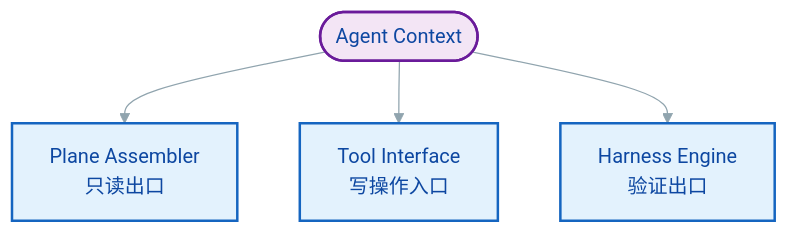
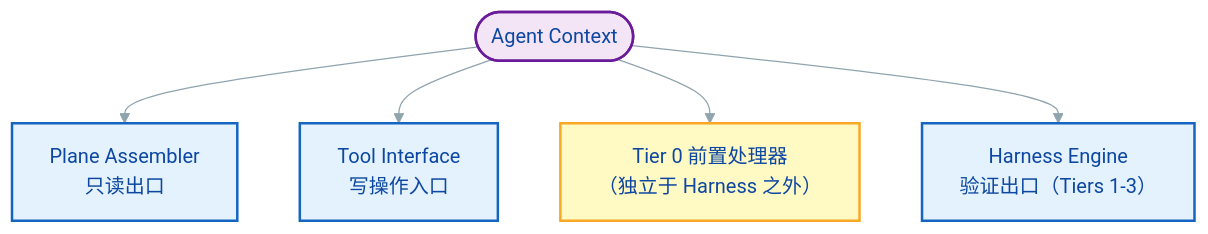
Diagram 12 of 13 in docs/spec.md (Lazyn0tBug/mem0ress), drawn with Mermaid before and after one commit. The commit also changed other lines of this file, not shown here.

First line of the commit message:
fix: separate Tier 0 from Harness Engine in Ch8 module boundary and sequence diagrams

````diff
--- a/docs/spec.md
+++ b/docs/spec.md
@@ -778,19 +778,23 @@
 ```mermaid
 %% label：三模块边界
 %%{ init: { 'theme': 'base', 'themeVariables': { 'primaryColor': '#e3f2fd', 'primaryTextColor': '#0d47a1', 'primaryBorderColor': '#1565c0', 'lineColor': '#90a4ae', 'fontFamily': 'arial' } } }%%
 graph TB
     Agent(["Agent Context"])
 
     PA["Plane Assembler<br>只读出口"]
     TI["Tool Interface<br>写操作入口"]
-    HE["Harness Engine<br>验证出口"]
+    HE["Harness Engine<br>验证出口（Tiers 1-3）"]
+    T0["Tier 0 前置处理器<br>（独立于 Harness 之外）"]
 
     Agent --> PA
     Agent --> TI
+    Agent --> T0
     Agent --> HE
 
     classDef mod fill:#e3f2fd,stroke:#1565c0,stroke-width:2px;
     classDef agent fill:#f3e5f5,stroke:#6a1b9a,stroke-width:2px;
+    classDef t0 fill:#fff9c4,stroke:#f9a825,stroke-width:2px;
     class PA,TI,HE mod;
     class Agent agent;
+    class T0 t0;
 ```
````
